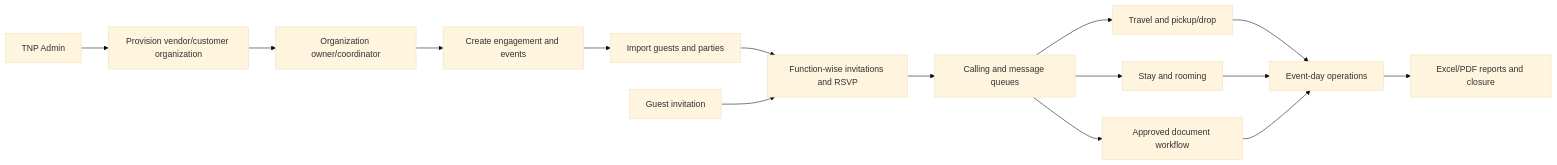
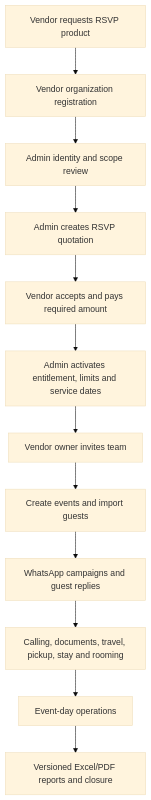
Before and after one commit to tejas104/TNP-Hospitality: the tenth of 12 diagrams in docs/PLATFORM-USAGE-WORKFLOW-BLUEPRINT.md, drawn with Mermaid (base theme). The commit also changed other lines of this file and 10 other files, not shown here.

Commit message:
docs: correct TNP product and operating model

````diff
--- a/docs/PLATFORM-USAGE-WORKFLOW-BLUEPRINT.md
+++ b/docs/PLATFORM-USAGE-WORKFLOW-BLUEPRINT.md
@@ -290,17 +301,14 @@
 ```mermaid
-flowchart LR
-    A[TNP Admin] --> B[Provision vendor/customer organization]
-    B --> C[Organization owner/coordinator]
-    C --> D[Create engagement and events]
-    D --> E[Import guests and parties]
-    E --> F[Function-wise invitations and RSVP]
-    F --> G[Calling and message queues]
-    G --> H[Travel and pickup/drop]
-    G --> I[Stay and rooming]
-    G --> J[Approved document workflow]
-    H --> K[Event-day operations]
-    I --> K
-    J --> K
-    K --> L[Excel/PDF reports and closure]
-    M[Guest invitation] --> F
+flowchart TD
+    A[Vendor requests RSVP product] --> B[Vendor organization registration]
+    B --> C[Admin identity and scope review]
+    C --> D[Admin creates RSVP quotation]
+    D --> E[Vendor accepts and pays required amount]
+    E --> F[Admin activates entitlement, limits and service dates]
+    F --> G[Vendor owner invites team]
+    G --> H[Create events and import guests]
+    H --> I[WhatsApp campaigns and guest replies]
+    I --> J[Calling, documents, travel, pickup, stay and rooming]
+    J --> K[Event-day operations]
+    K --> L[Versioned Excel/PDF reports and closure]
 ```
````
